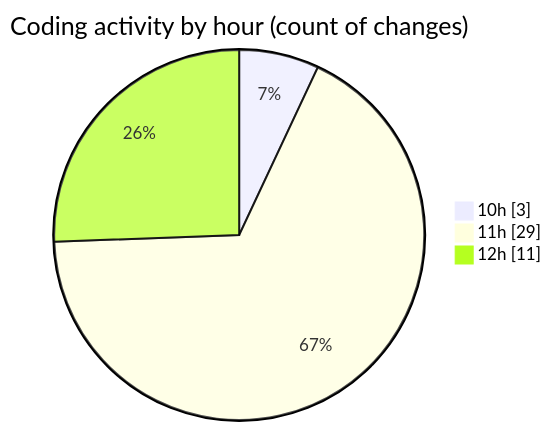
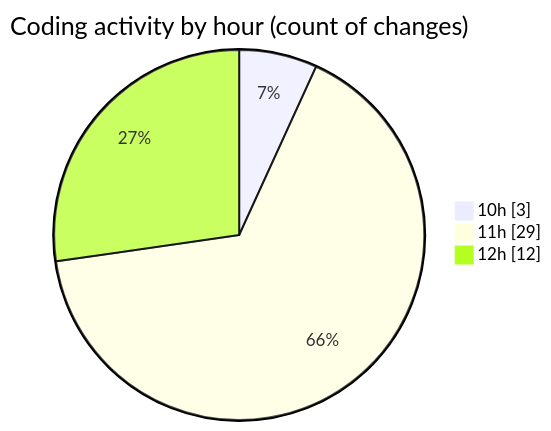
Before and after one commit to EIIisD/code-tracking: the second of 2 diagrams in 2025-08-14/ribbon/README.md, drawn with Mermaid. The commit also changed other lines of this file and 1 other file, not shown here.

````diff
--- a/2025-08-14/ribbon/README.md
+++ b/2025-08-14/ribbon/README.md
@@ -37,7 +37,7 @@
 ```mermaid
 pie showData
 title Coding activity by hour (count of changes)
 "10h" : 3
 "11h" : 29
-"12h" : 11
+"12h" : 12
 ```
````
